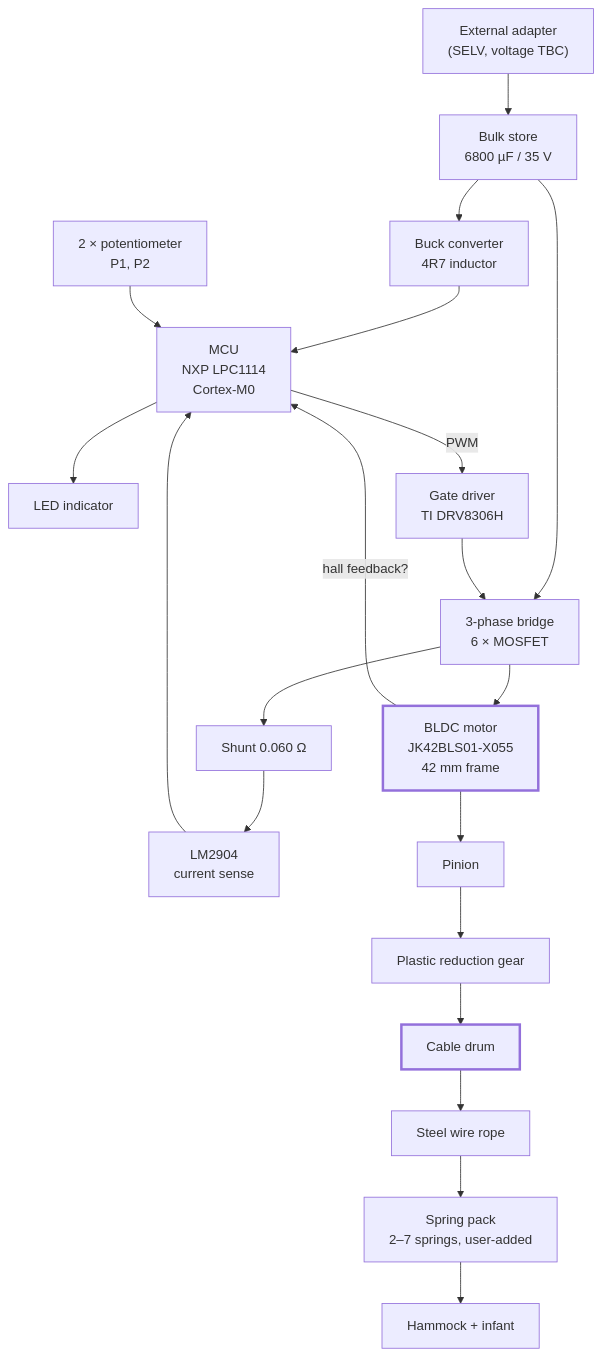
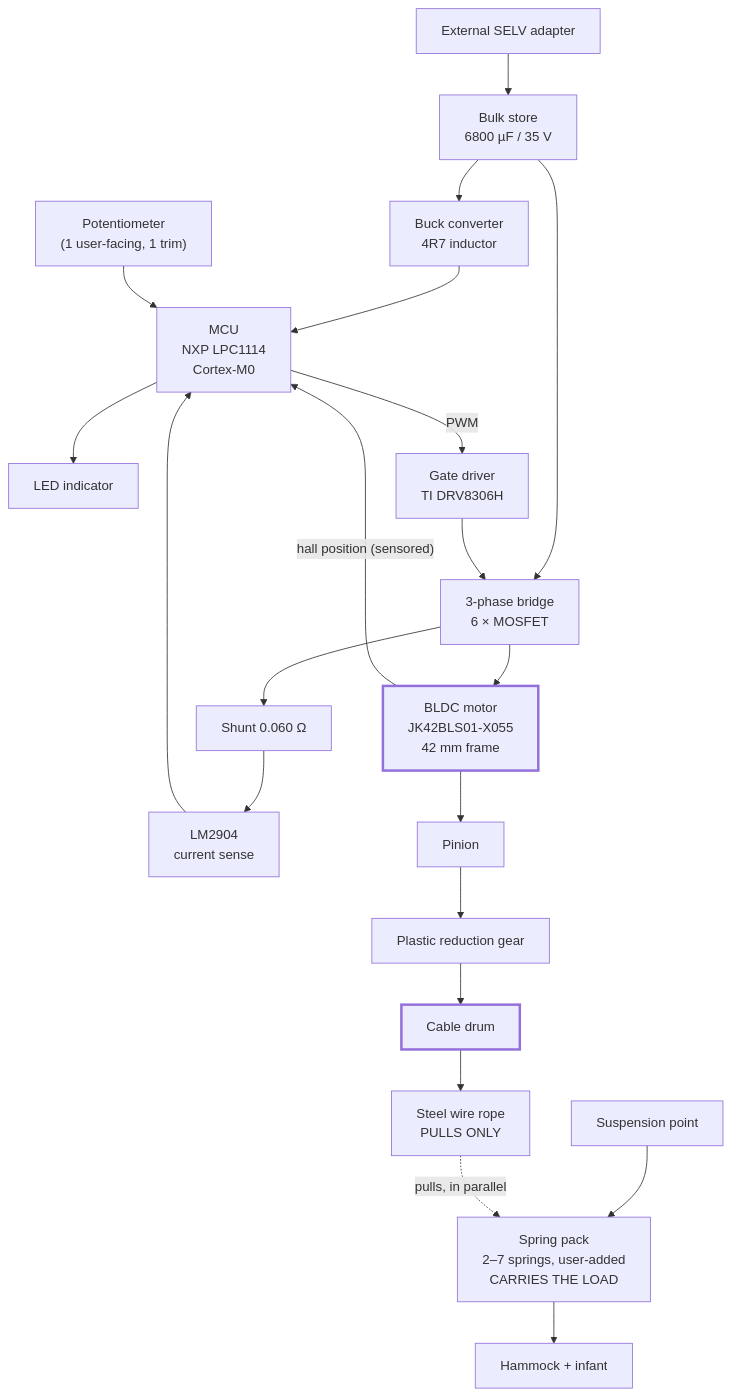
The diagram in brainstorming/teardown/swing2sleep/findings.md (bny61/automaticbabyhammock), drawn with Mermaid before and after one commit. The commit also changed other lines of this file and 2 other files, not shown here.

First line of the commit message:
Teardown resolved: actuator sits parallel to the load path

````diff
--- a/brainstorming/teardown/swing2sleep/findings.md
+++ b/brainstorming/teardown/swing2sleep/findings.md
@@ -44,28 +44,29 @@
 ```mermaid
 flowchart TB
-    PSU["External adapter<br/>(SELV, voltage TBC)"] --> BULK["Bulk store<br/>6800 µF / 35 V"]
+    PSU["External SELV adapter"] --> BULK["Bulk store<br/>6800 µF / 35 V"]
     BULK --> BUCK["Buck converter<br/>4R7 inductor"]
     BULK --> BRIDGE["3-phase bridge<br/>6 × MOSFET"]
     BUCK --> MCU["MCU<br/>NXP LPC1114<br/>Cortex-M0"]
 
-    POT["2 × potentiometer<br/>P1, P2"] --> MCU
+    POT["Potentiometer<br/>(1 user-facing, 1 trim)"] --> MCU
     MCU --> LED["LED indicator"]
 
     MCU -->|"PWM"| DRV["Gate driver<br/>TI DRV8306H"]
     DRV --> BRIDGE
     BRIDGE --> MOTOR["BLDC motor<br/>JK42BLS01-X055<br/>42 mm frame"]
 
-    MOTOR -->|"hall feedback?"| MCU
+    MOTOR -->|"hall position (sensored)"| MCU
     BRIDGE --> SHUNT["Shunt 0.060 Ω"]
     SHUNT --> AMP["LM2904<br/>current sense"]
     AMP --> MCU
 
     MOTOR --> PINION["Pinion"] --> GEAR["Plastic reduction gear"]
     GEAR --> DRUM["Cable drum"]
-    DRUM --> ROPE["Steel wire rope"]
-    ROPE --> SPRINGS["Spring pack<br/>2–7 springs, user-added"]
+    DRUM --> ROPE["Steel wire rope<br/>PULLS ONLY"]
+    SUSP["Suspension point"] --> SPRINGS["Spring pack<br/>2–7 springs, user-added<br/>CARRIES THE LOAD"]
+    ROPE -.->|"pulls, in parallel"| SPRINGS
     SPRINGS --> HAMMOCK["Hammock + infant"]
 
     style MOTOR stroke-width:3px
     style DRUM stroke-width:3px
 ```
````
